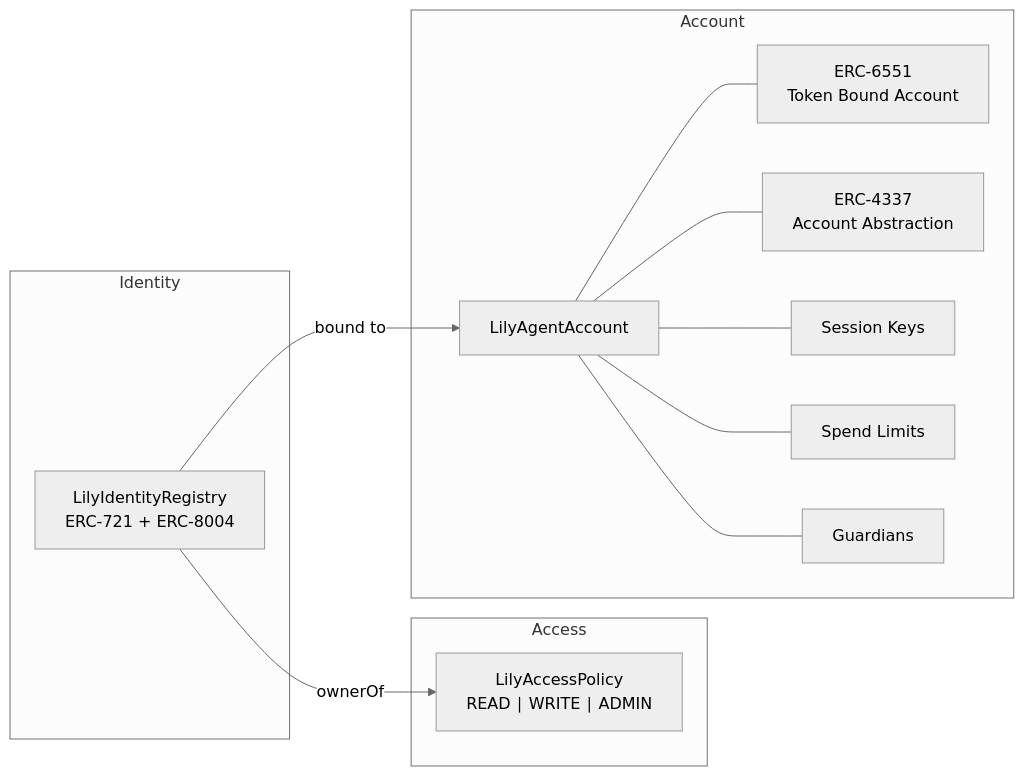
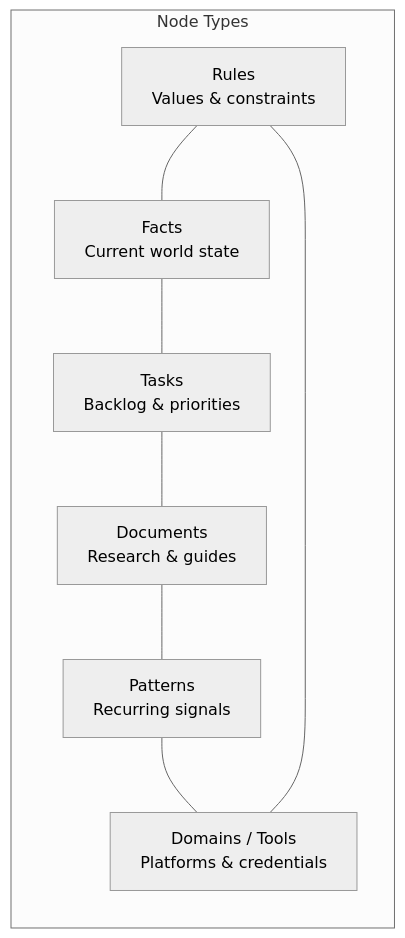
The second of 2 diagrams in README.md (MikeSquared-Agency/thecede), drawn with Mermaid (neutral theme) before and after one commit. The commit also changed other lines of this file and 16 other files, not shown here.

````diff
--- a/README.md
+++ b/README.md
@@ -63,27 +62,18 @@
 ```mermaid
 graph LR
-    subgraph Identity
-        REG[LilyIdentityRegistry<br/>ERC-721 + ERC-8004]
+    subgraph Node Types
+        R[Rules<br/>Values & constraints]
+        F[Facts<br/>Current world state]
+        D[Documents<br/>Research & guides]
+        T[Tasks<br/>Backlog & priorities]
+        P[Patterns<br/>Recurring signals]
+        DT[Domains / Tools<br/>Platforms & credentials]
     end
 
-    subgraph Access
-        POL[LilyAccessPolicy<br/>READ ∣ WRITE ∣ ADMIN]
-    end
-
-    subgraph Account
-        TBA[LilyAgentAccount]
-        E6551[ERC-6551<br/>Token Bound Account]
-        E4337[ERC-4337<br/>Account Abstraction]
-        SK[Session Keys]
-        SL[Spend Limits]
-        GD[Guardians]
-    end
-
-    REG -->|ownerOf| POL
-    REG -->|bound to| TBA
-    TBA --- E6551
-    TBA --- E4337
-    TBA --- SK
-    TBA --- SL
-    TBA --- GD
+    R --- F
+    F --- T
+    T --- D
+    D --- P
+    P --- DT
+    DT --- R
 ```
````
